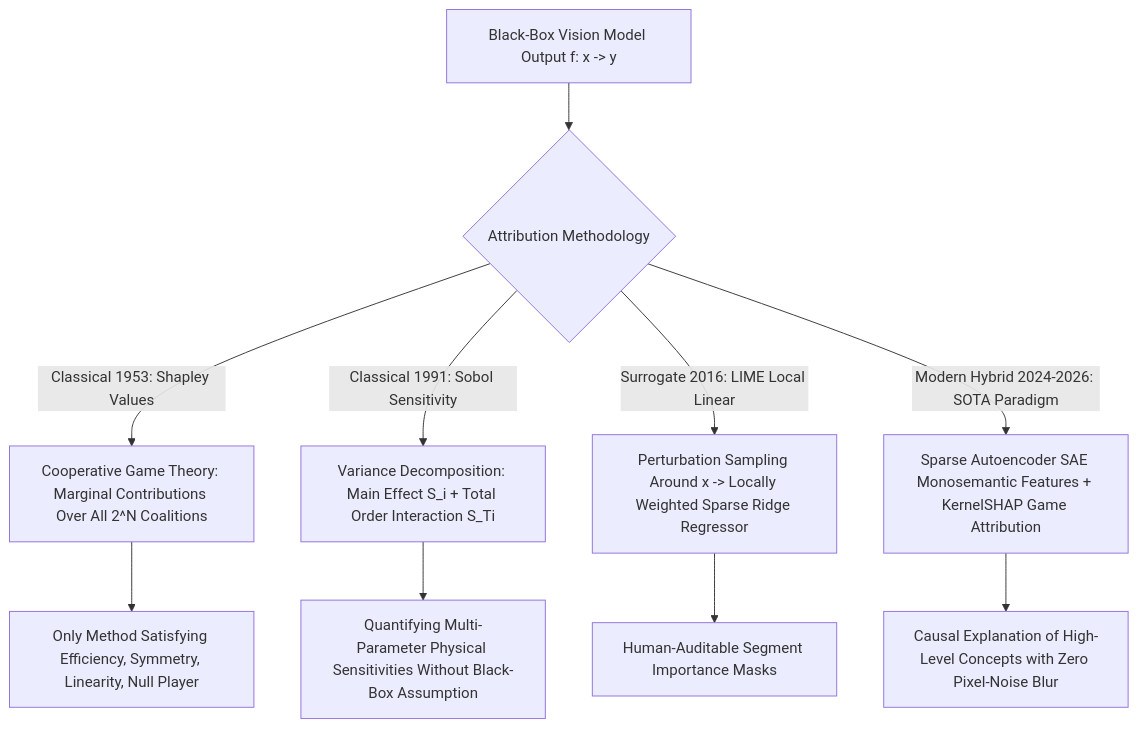
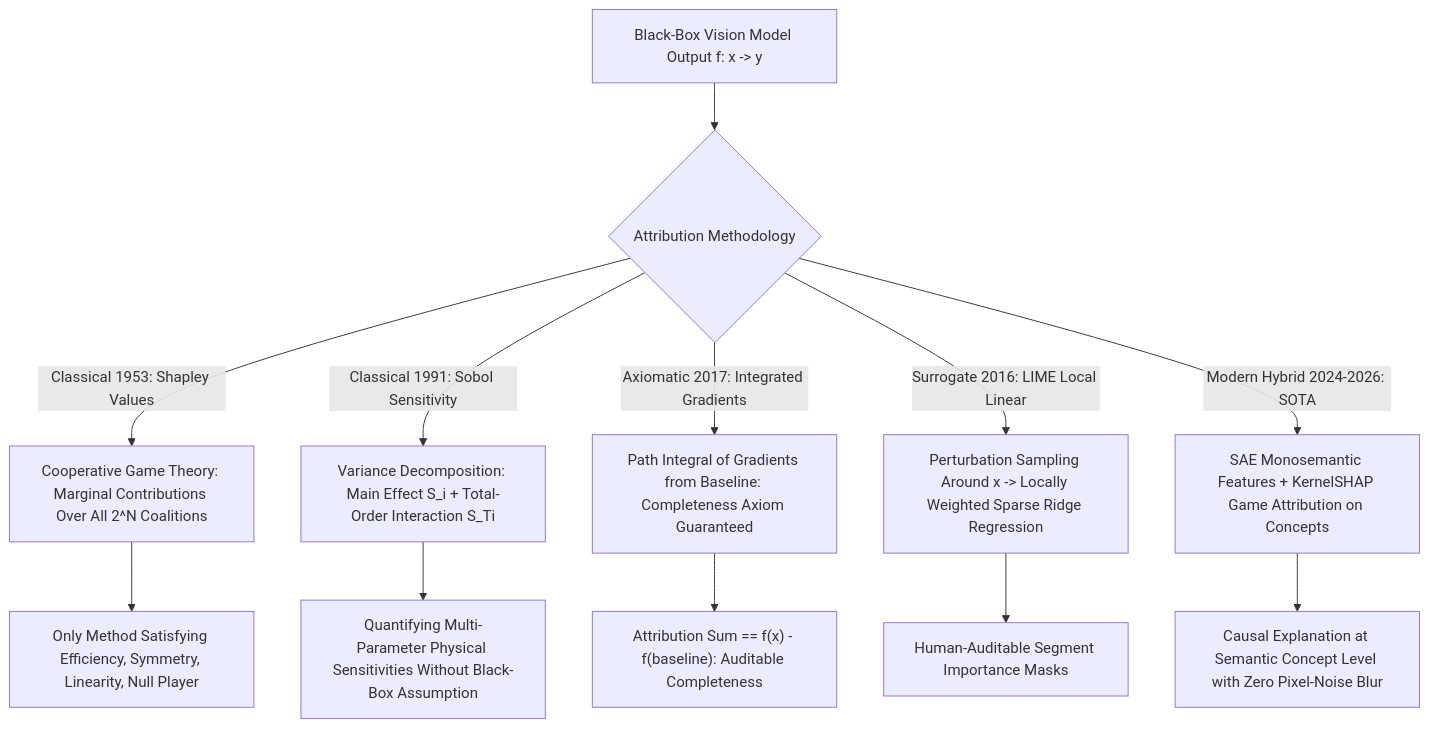
The diagram in topics/explainability-and-interpretability/04-classical-and-hybrid-methods.md (sergiomh499/cv-projects), drawn with Mermaid before and after one commit. The commit also changed other lines of this file and 51 other files, not shown here.

````diff
--- a/topics/explainability-and-interpretability/04-classical-and-hybrid-methods.md
+++ b/topics/explainability-and-interpretability/04-classical-and-hybrid-methods.md
@@ -27,13 +27,14 @@
 ```mermaid
 flowchart TD
     Inference["Black-Box Vision Model Output f: x -> y"] --> Branch{"Attribution Methodology"}
     Branch -->|Classical 1953: Shapley Values| Shapley["Cooperative Game Theory: Marginal Contributions Over All 2^N Coalitions"]
-    Branch -->|Classical 1991: Sobol Sensitivity| Sobol["Variance Decomposition: Main Effect S_i + Total Order Interaction S_Ti"]
-    Branch -->|Surrogate 2016: LIME Local Linear| LIME["Perturbation Sampling Around x -> Locally Weighted Sparse Ridge Regressor"]
-    Branch -->|Modern Hybrid 2024-2026: SOTA Paradigm| Hybrid["Sparse Autoencoder SAE Monosemantic Features + KernelSHAP Game Attribution"]
+    Branch -->|Classical 1991: Sobol Sensitivity| Sobol["Variance Decomposition: Main Effect S_i + Total-Order Interaction S_Ti"]
+    Branch -->|Axiomatic 2017: Integrated Gradients| IG["Path Integral of Gradients from Baseline: Completeness Axiom Guaranteed"]
+    Branch -->|Surrogate 2016: LIME Local Linear| LIME["Perturbation Sampling Around x -> Locally Weighted Sparse Ridge Regression"]
+    Branch -->|Modern Hybrid 2024-2026: SOTA| Hybrid["SAE Monosemantic Features + KernelSHAP Game Attribution on Concepts"]
     Shapley --> Axiomatic["Only Method Satisfying Efficiency, Symmetry, Linearity, Null Player"]
     Sobol --> OrthogonalFactors["Quantifying Multi-Parameter Physical Sensitivities Without Black-Box Assumption"]
+    IG --> CompleteCoverage["Attribution Sum == f(x) - f(baseline): Auditable Completeness"]
     LIME --> VisualSuperpixels["Human-Auditable Segment Importance Masks"]
-    Hybrid --> CausalCircuit["Causal Explanation of High-Level Concepts with Zero Pixel-Noise Blur"]
-
+    Hybrid --> CausalCircuit["Causal Explanation at Semantic Concept Level with Zero Pixel-Noise Blur"]
 ```
````
